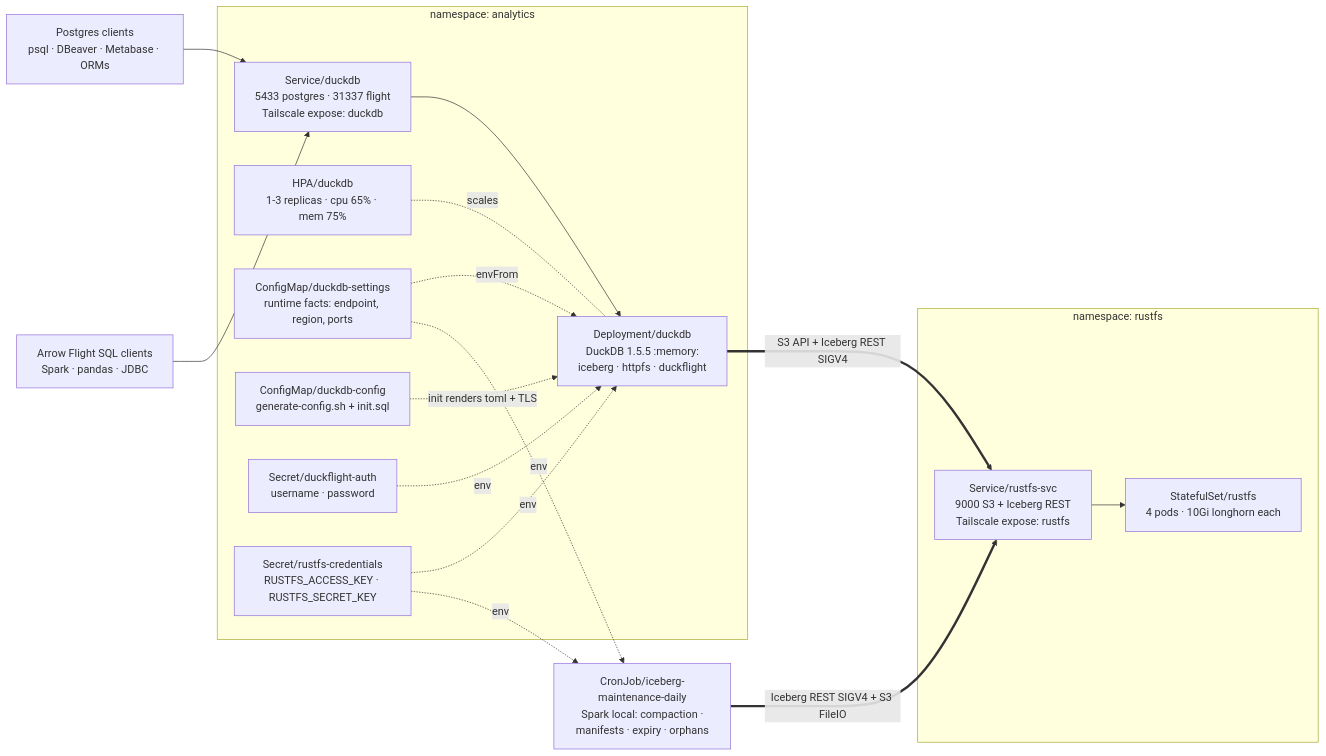
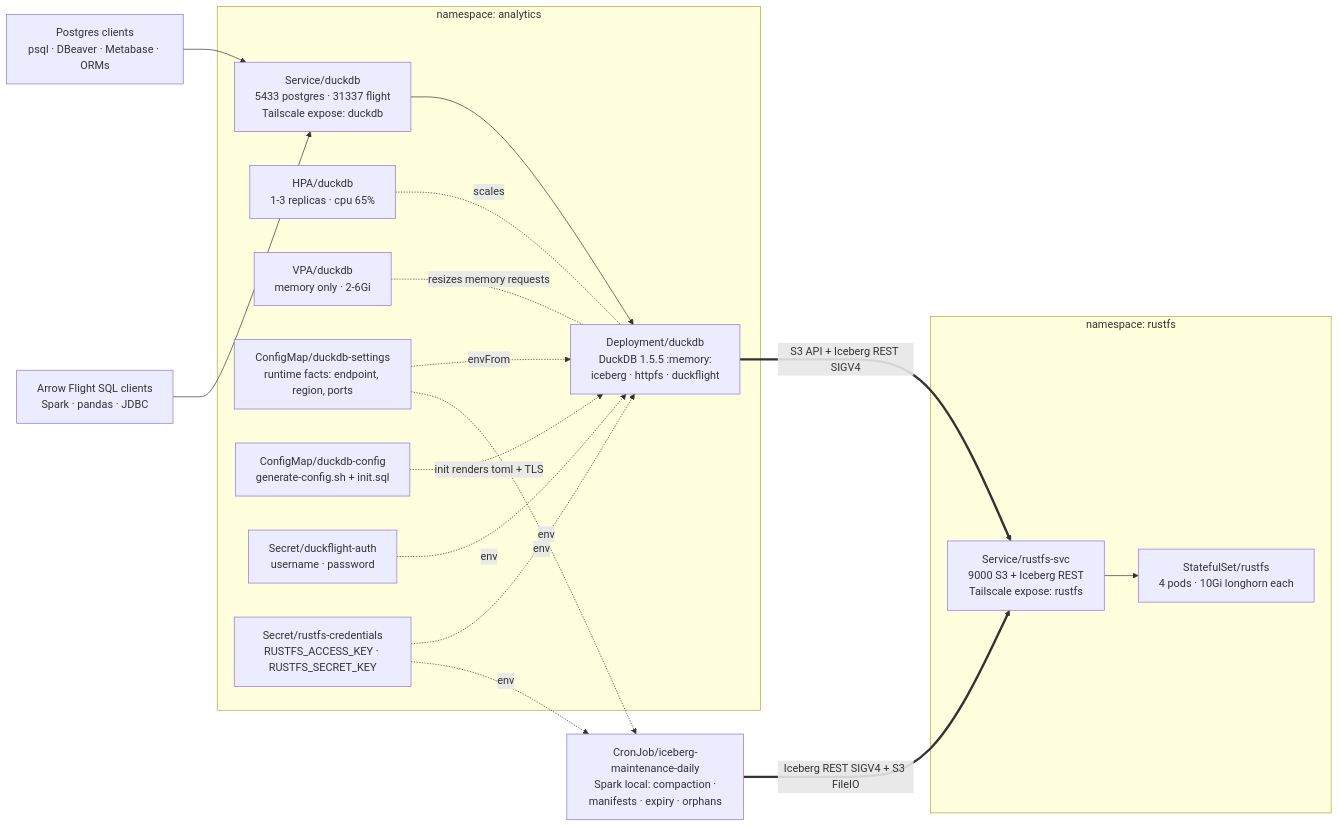
One commit to daun-gatal/analytics changed the first of 3 diagrams in README.md. Above: the diagram before and after it, drawn with Mermaid. The commit also changed other lines of this file and 5 other files, not shown here.

First line of the commit message:
feat(duckdb): VPA owns memory sizing; memory_limit auto-synced from request

````diff
--- a/README.md
+++ b/README.md
@@ -35,35 +35,37 @@
 ```mermaid
 flowchart LR
     PG["Postgres clients<br/>psql · DBeaver · Metabase · ORMs"]
     FS["Arrow Flight SQL clients<br/>Spark · pandas · JDBC"]
 
     subgraph ANALYTICS["namespace: analytics"]
         SVC["Service/duckdb<br/>5433 postgres · 31337 flight<br/>Tailscale expose: duckdb"]
         DUCK["Deployment/duckdb<br/>DuckDB 1.5.5 :memory:<br/>iceberg · httpfs · duckflight"]
-        HPA["HPA/duckdb<br/>1-3 replicas · cpu 65% · mem 75%"]
+        HPA["HPA/duckdb<br/>1-3 replicas · cpu 65%"]
+        VPA["VPA/duckdb<br/>memory only · 2-6Gi"]
         SETTINGS["ConfigMap/duckdb-settings<br/>runtime facts: endpoint, region, ports"]
         CFG["ConfigMap/duckdb-config<br/>generate-config.sh + init.sql"]
         AUTH["Secret/duckflight-auth<br/>username · password"]
         CREDS["Secret/rustfs-credentials<br/>RUSTFS_ACCESS_KEY · RUSTFS_SECRET_KEY"]
     end
 
     subgraph RUSTFS["namespace: rustfs"]
         RSVC["Service/rustfs-svc<br/>9000 S3 + Iceberg REST<br/>Tailscale expose: rustfs"]
         STS["StatefulSet/rustfs<br/>4 pods · 10Gi longhorn each"]
     end
 
     PG --> SVC
     FS --> SVC
     SVC --> DUCK
     HPA -. scales .- DUCK
+    VPA -. resizes memory requests .- DUCK
     SETTINGS -. envFrom .-> DUCK
     CFG -. init renders toml + TLS .-> DUCK
     AUTH -. env .-> DUCK
     CREDS -. env .-> DUCK
     DUCK == "S3 API + Iceberg REST SIGV4" ==> RSVC
     MAINT["CronJob/iceberg-maintenance-daily<br/>Spark local: compaction ·<br/>manifests · expiry · orphans"]
     CREDS -. env .-> MAINT
     SETTINGS -. env .-> MAINT
     MAINT == "Iceberg REST SIGV4 + S3 FileIO" ==> RSVC
     RSVC --> STS
 ```
````
